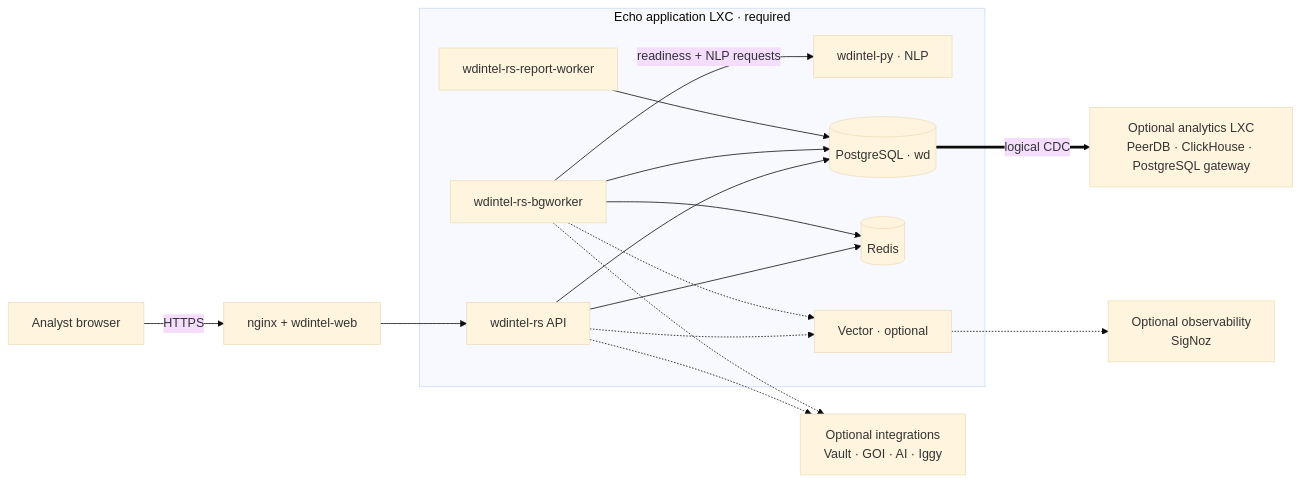
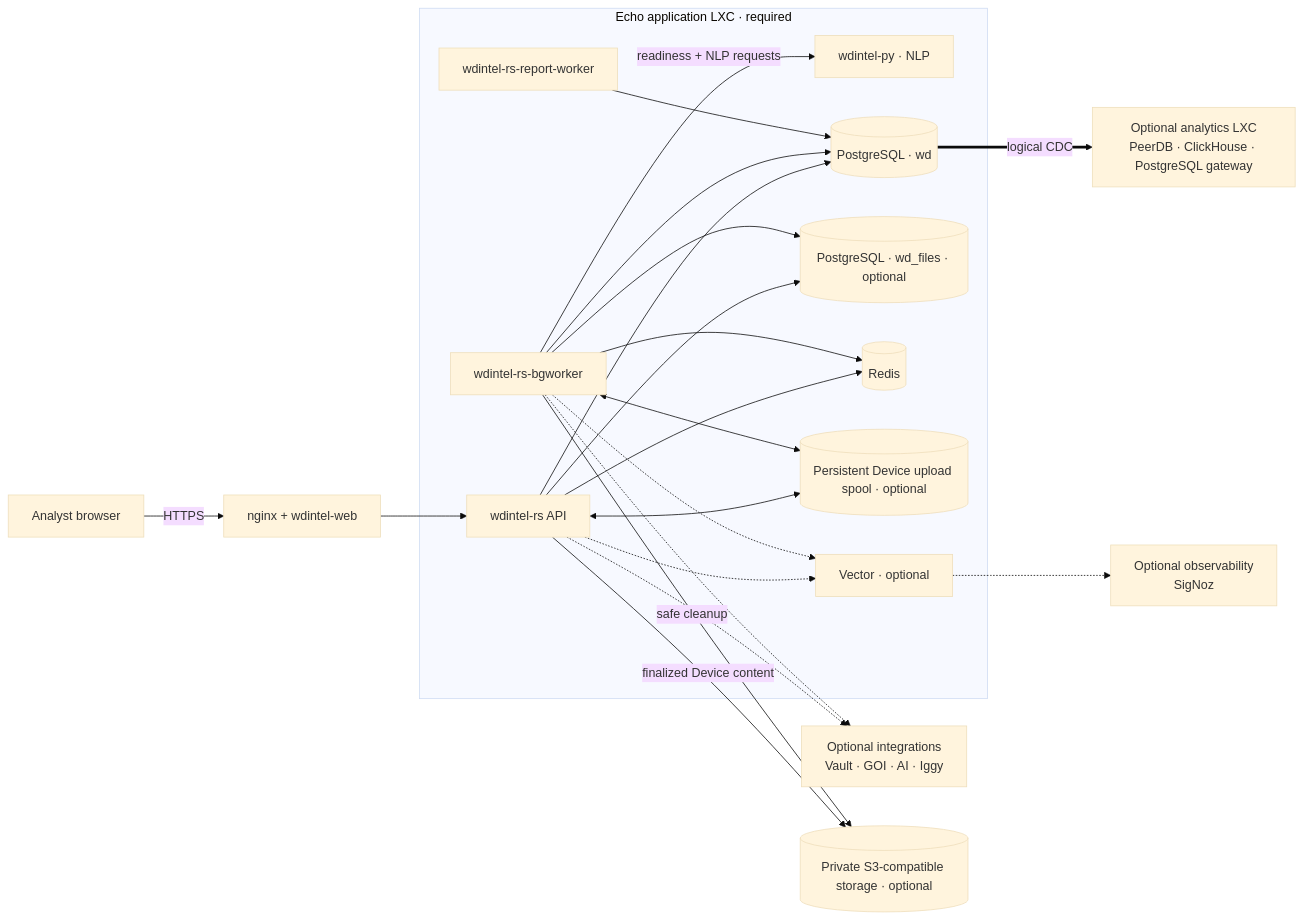
One commit to murczyk/echo changed the diagram in docs/README.md. Above: the diagram before and after it, drawn with Mermaid (base theme). The commit also changed other lines of this file and 95 other files, not shown here.

First line of the commit message:
Lys upload device file content (#3484)

````diff
--- a/docs/README.md
+++ b/docs/README.md
@@ -21,29 +21,37 @@
 ```mermaid
 flowchart LR
     browser["Analyst browser"] -->|HTTPS| web["nginx + wdintel-web"]
     web --> api["wdintel-rs API"]
 
     subgraph echo_lxc["Echo application LXC · required"]
         api
         bg["wdintel-rs-bgworker"]
         reports["wdintel-rs-report-worker"]
         nlp["wdintel-py · NLP"]
         postgres[("PostgreSQL · wd")]
+        files[("PostgreSQL · wd_files · optional")]
         redis[("Redis")]
+        spool[("Persistent Device upload spool · optional")]
         vector["Vector · optional"]
 
         api --> postgres
+        api --> files
+        api <--> spool
         bg --> postgres
+        bg --> files
+        bg <--> spool
         bg -->|readiness + NLP requests| nlp
         reports --> postgres
         api --> redis
         bg --> redis
         api -.-> vector
         bg -.-> vector
     end
 
     api -.-> integrations["Optional integrations\nVault · GOI · AI · Iggy"]
     bg -.-> integrations
+    api -->|finalized Device content| object_storage[("Private S3-compatible storage · optional")]
+    bg -->|safe cleanup| object_storage
     postgres ==>|logical CDC| analytics["Optional analytics LXC\nPeerDB · ClickHouse · PostgreSQL gateway"]
     vector -.-> observability["Optional observability\nSigNoz"]
 ```
````
